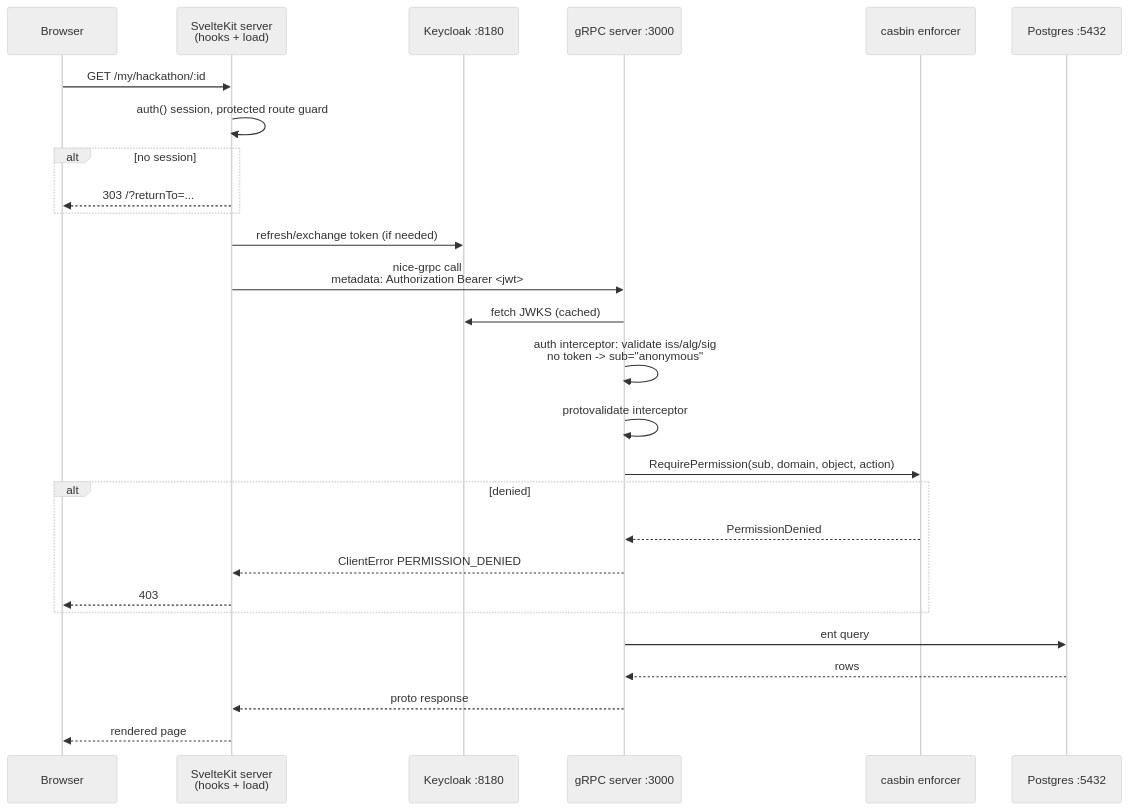
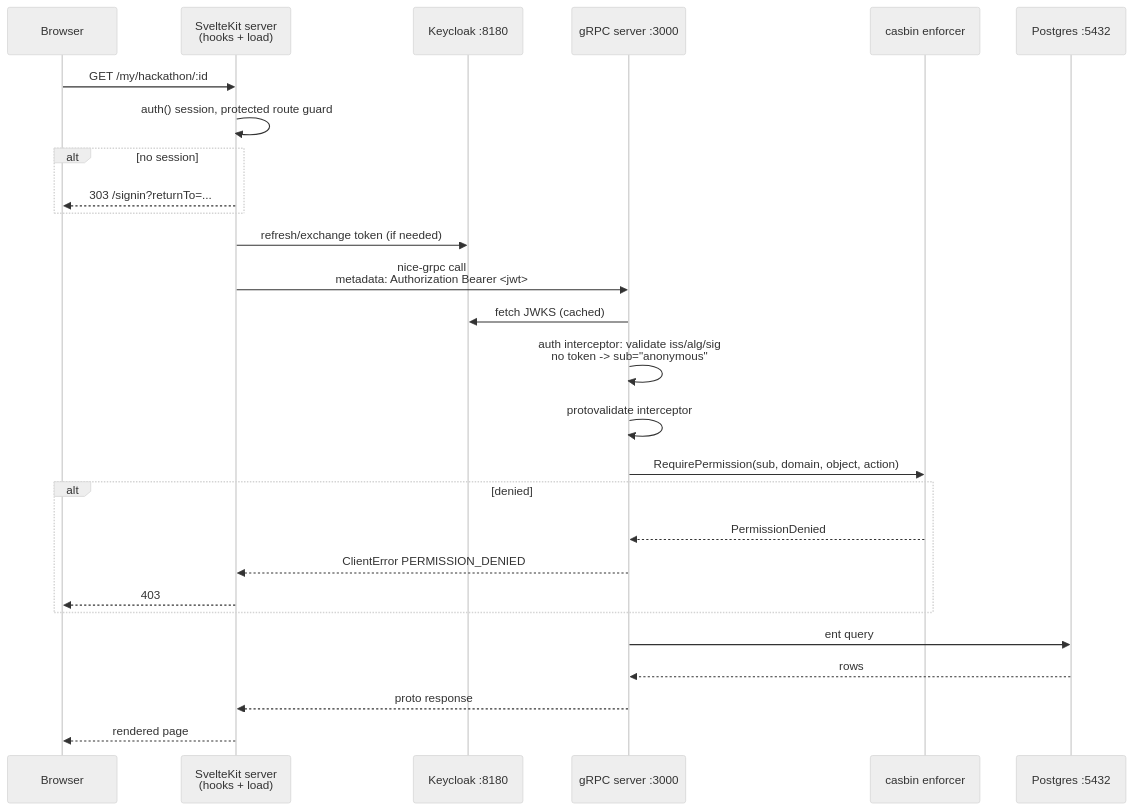
Before and after one commit to SwissDataScienceCenter/hackagon: the second of 2 diagrams in docs/architecture.md, drawn with Mermaid (neutral theme). The commit also changed other lines of this file and 19 other files, not shown here.

````diff
--- a/docs/architecture.md
+++ b/docs/architecture.md
@@ -123,30 +125,30 @@
 ```mermaid
 sequenceDiagram
     participant B as Browser
     participant SK as SvelteKit server<br/>(hooks + load)
     participant KC as Keycloak :8180
     participant GS as gRPC server :3000
     participant CB as casbin enforcer
     participant DB as Postgres :5432
 
     B->>SK: GET /my/hackathon/:id
     SK->>SK: auth() session, protected route guard
     alt no session
-        SK-->>B: 303 /?returnTo=...
+        SK-->>B: 303 /signin?returnTo=...
     end
     SK->>KC: refresh/exchange token (if needed)
     SK->>GS: nice-grpc call<br/>metadata: Authorization Bearer <jwt>
     GS->>KC: fetch JWKS (cached)
     GS->>GS: auth interceptor: validate iss/alg/sig<br/>no token -> sub="anonymous"
     GS->>GS: protovalidate interceptor
     GS->>CB: RequirePermission(sub, domain, object, action)
     alt denied
         CB-->>GS: PermissionDenied
         GS-->>SK: ClientError PERMISSION_DENIED
         SK-->>B: 403
     end
     GS->>DB: ent query
     DB-->>GS: rows
     GS-->>SK: proto response
     SK-->>B: rendered page
 ```
````
